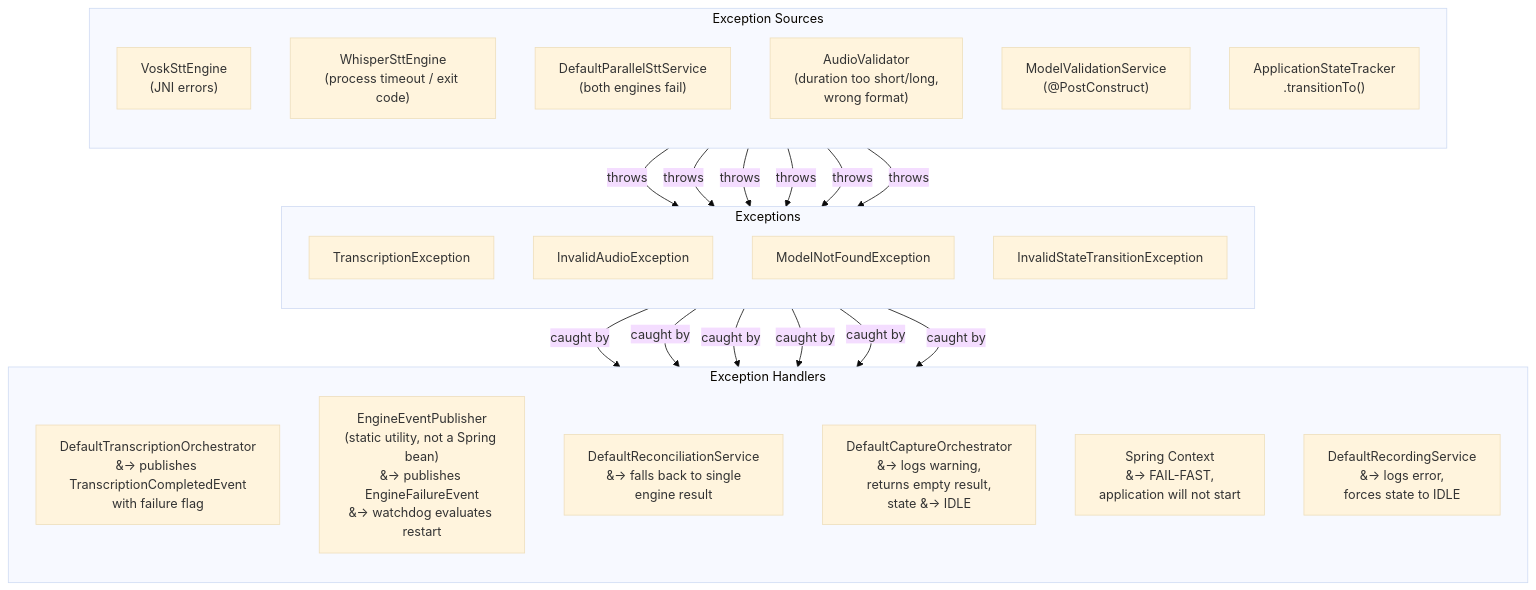
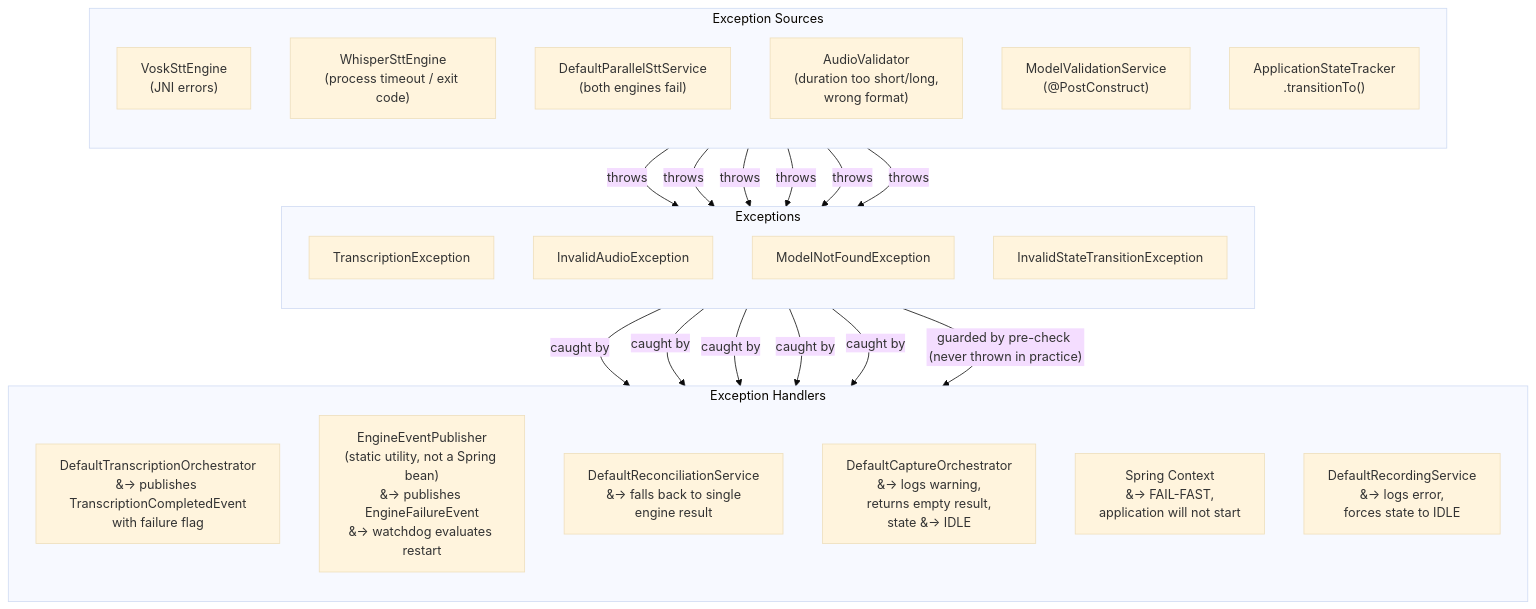
Before and after one commit to phillippitts/blckvox: the second of 7 diagrams in docs/diagrams/exception-flow.md, drawn with Mermaid (base theme). The commit also changed 18 other files, not shown here.

````diff
--- a/docs/diagrams/exception-flow.md
+++ b/docs/diagrams/exception-flow.md
@@ -57,44 +57,44 @@
 ```mermaid
 flowchart TB
     subgraph THROWN_BY["Exception Sources"]
         direction TB
         Vosk["VoskSttEngine<br/>(JNI errors)"]
         Whisper["WhisperSttEngine<br/>(process timeout / exit code)"]
         ParallelStt["DefaultParallelSttService<br/>(both engines fail)"]
         AudioVal["AudioValidator<br/>(duration too short/long,<br/>wrong format)"]
         ModelVal["ModelValidationService<br/>(@PostConstruct)"]
         StateTracker["ApplicationStateTracker<br/>.transitionTo()"]
     end
 
     subgraph EXCEPTIONS["Exceptions"]
         direction TB
         TE["TranscriptionException"]
         IAE["InvalidAudioException"]
         MNFE["ModelNotFoundException"]
         ISTE["InvalidStateTransitionException"]
     end
 
     subgraph CAUGHT_BY["Exception Handlers"]
         direction TB
         Orch["DefaultTranscriptionOrchestrator<br/>&#8594; publishes TranscriptionCompletedEvent<br/>with failure flag"]
         EngPub["EngineEventPublisher<br/>(static utility, not a Spring bean)<br/>&#8594; publishes EngineFailureEvent<br/>&#8594; watchdog evaluates restart"]
         Recon["DefaultReconciliationService<br/>&#8594; falls back to single<br/>engine result"]
         CapOrch["DefaultCaptureOrchestrator<br/>&#8594; logs warning,<br/>returns empty result,<br/>state &#8594; IDLE"]
         Spring["Spring Context<br/>&#8594; FAIL-FAST,<br/>application will not start"]
         RecSvc["DefaultRecordingService<br/>&#8594; logs error,<br/>forces state to IDLE"]
     end
 
     Vosk -->|throws| TE
     Whisper -->|throws| TE
     ParallelStt -->|throws| TE
     AudioVal -->|throws| IAE
     ModelVal -->|throws| MNFE
     StateTracker -->|throws| ISTE
 
     TE -->|caught by| Orch
     TE -->|caught by| EngPub
     TE -->|caught by| Recon
     IAE -->|caught by| CapOrch
     MNFE -->|caught by| Spring
-    ISTE -->|caught by| RecSvc
+    ISTE -->|"guarded by pre-check (never thrown in practice)"| RecSvc
 ```
````
